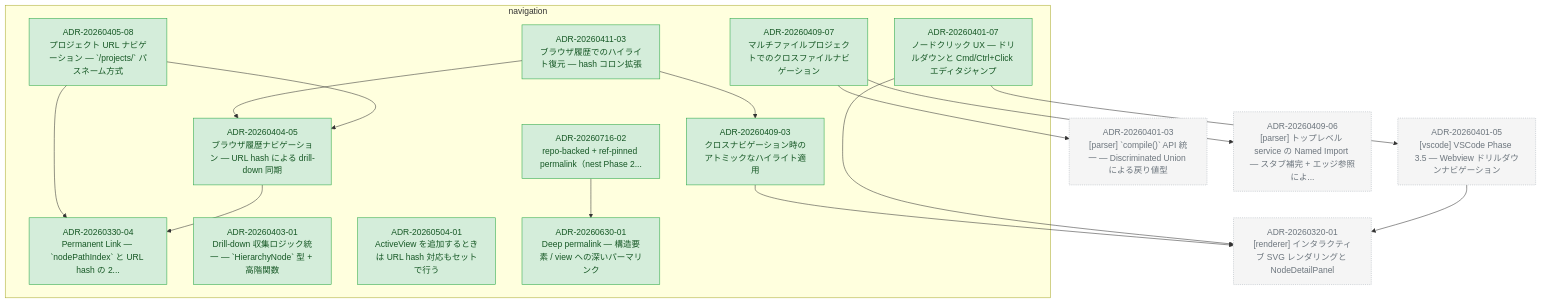
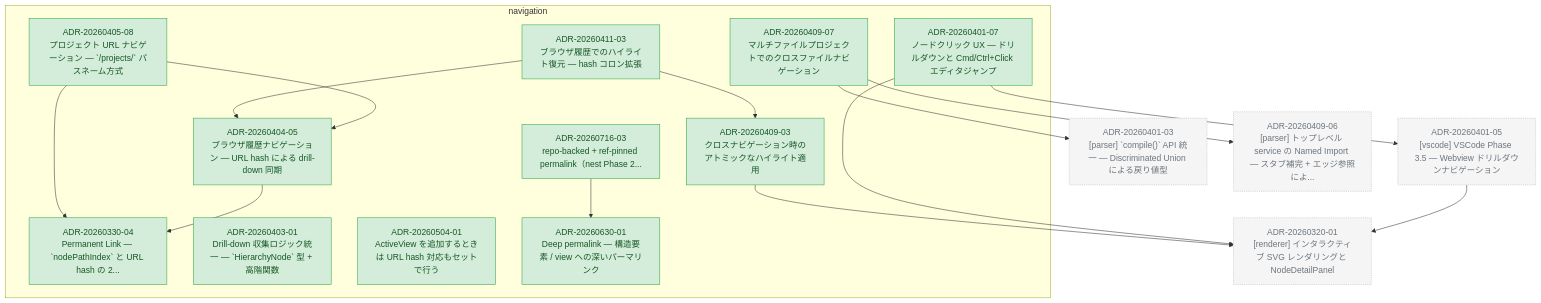
One commit to kompiro/karasu changed the diagram in docs/adr/graph/navigation.md. Above: the diagram before and after it, drawn with Mermaid. The commit also changed 6 other files, not shown here.

First line of the commit message:
docs(adr): renumber repo-backed permalink ADR to 20260716-03 (fix dup id)

````diff
--- a/docs/adr/graph/navigation.md
+++ b/docs/adr/graph/navigation.md
@@ -6,54 +6,54 @@
 ```mermaid
 flowchart TD
   subgraph navigation["navigation"]
     ADR_20260330_04["ADR-20260330-04<br/>Permanent Link — `nodePathIndex` と URL hash の 2..."]
     ADR_20260401_07["ADR-20260401-07<br/>ノードクリック UX — ドリルダウンと Cmd/Ctrl+Click エディタジャンプ"]
     ADR_20260403_01["ADR-20260403-01<br/>Drill-down 収集ロジック統一 — `HierarchyNode` 型 + 高階関数"]
     ADR_20260404_05["ADR-20260404-05<br/>ブラウザ履歴ナビゲーション — URL hash による drill-down 同期"]
     ADR_20260405_08["ADR-20260405-08<br/>プロジェクト URL ナビゲーション — `/projects/<uuid>` パスネーム方式"]
     ADR_20260409_03["ADR-20260409-03<br/>クロスナビゲーション時のアトミックなハイライト適用"]
     ADR_20260409_07["ADR-20260409-07<br/>マルチファイルプロジェクトでのクロスファイルナビゲーション"]
     ADR_20260411_03["ADR-20260411-03<br/>ブラウザ履歴でのハイライト復元 — hash コロン拡張"]
     ADR_20260504_01["ADR-20260504-01<br/>ActiveView を追加するときは URL hash 対応もセットで行う"]
     ADR_20260630_01["ADR-20260630-01<br/>Deep permalink — 構造要素 / view への深いパーマリンク"]
-    ADR_20260716_02["ADR-20260716-02<br/>repo-backed + ref-pinned permalink（nest Phase 2..."]
+    ADR_20260716_03["ADR-20260716-03<br/>repo-backed + ref-pinned permalink（nest Phase 2..."]
   end
   ADR_20260320_01["ADR-20260320-01<br/>[renderer] インタラクティブ SVG レンダリングと NodeDetailPanel"]
   ADR_20260401_03["ADR-20260401-03<br/>[parser] `compile()` API 統一 — Discriminated Union による戻り値型"]
   ADR_20260401_05["ADR-20260401-05<br/>[vscode] VSCode Phase 3.5 — Webview ドリルダウンナビゲーション"]
   ADR_20260409_06["ADR-20260409-06<br/>[parser] トップレベル service の Named Import — スタブ補完 + エッジ参照によ..."]
   ADR_20260401_07 --> ADR_20260320_01
   ADR_20260401_07 --> ADR_20260401_05
   ADR_20260404_05 --> ADR_20260330_04
   ADR_20260405_08 --> ADR_20260404_05
   ADR_20260405_08 --> ADR_20260330_04
   ADR_20260409_03 --> ADR_20260320_01
   ADR_20260409_07 --> ADR_20260409_06
   ADR_20260409_07 --> ADR_20260401_03
   ADR_20260411_03 --> ADR_20260409_03
   ADR_20260411_03 --> ADR_20260404_05
-  ADR_20260716_02 --> ADR_20260630_01
+  ADR_20260716_03 --> ADR_20260630_01
   ADR_20260401_05 --> ADR_20260320_01
 
   classDef accepted fill:#d4edda,stroke:#28a745,color:#155724
   classDef proposed fill:#fff3cd,stroke:#ffc107,color:#856404
   classDef deprecated fill:#f8d7da,stroke:#dc3545,color:#721c24
   classDef superseded fill:#e2e3e5,stroke:#6c757d,color:#383d41
   classDef not_adopted fill:#e2e3e5,stroke:#6c757d,color:#383d41,stroke-dasharray:3 3
   classDef ghost fill:#f5f5f5,stroke:#adb5bd,color:#6c757d,stroke-dasharray:2 2
   class ADR_20260330_04 accepted
   class ADR_20260401_07 accepted
   class ADR_20260403_01 accepted
   class ADR_20260404_05 accepted
   class ADR_20260405_08 accepted
   class ADR_20260409_03 accepted
   class ADR_20260409_07 accepted
   class ADR_20260411_03 accepted
   class ADR_20260504_01 accepted
   class ADR_20260630_01 accepted
-  class ADR_20260716_02 accepted
+  class ADR_20260716_03 accepted
   class ADR_20260320_01 ghost
   class ADR_20260401_03 ghost
   class ADR_20260401_05 ghost
   class ADR_20260409_06 ghost
 ```
````
